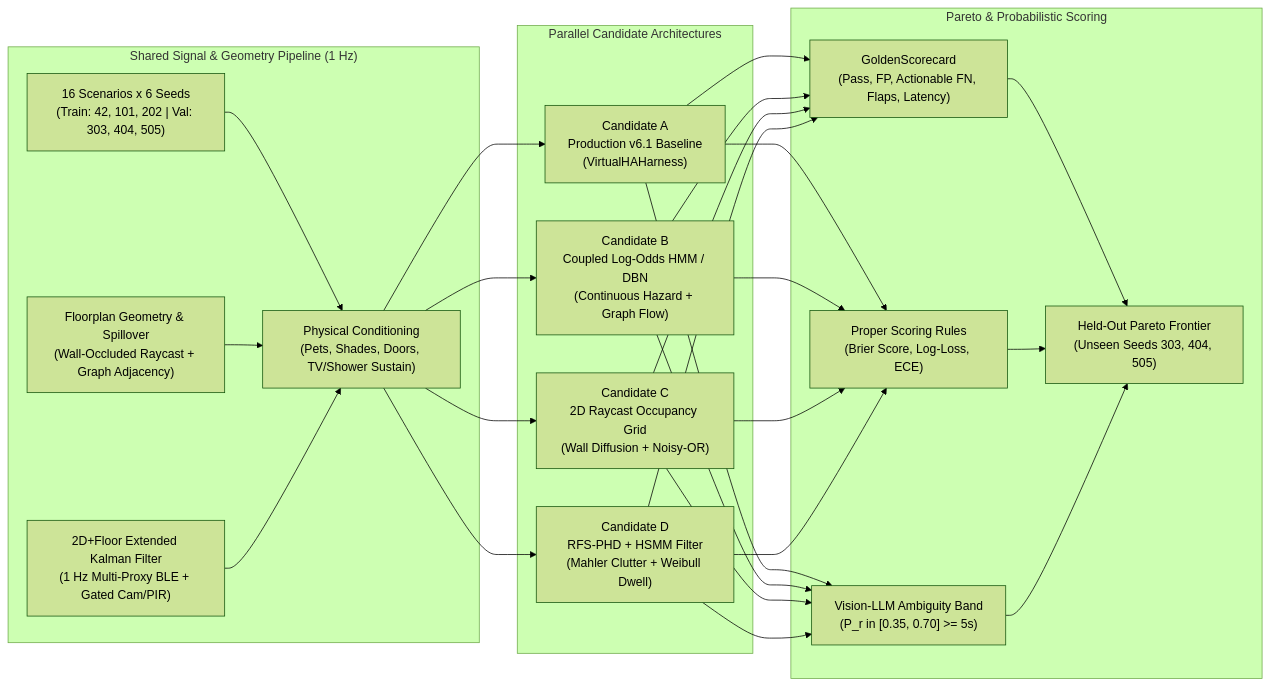
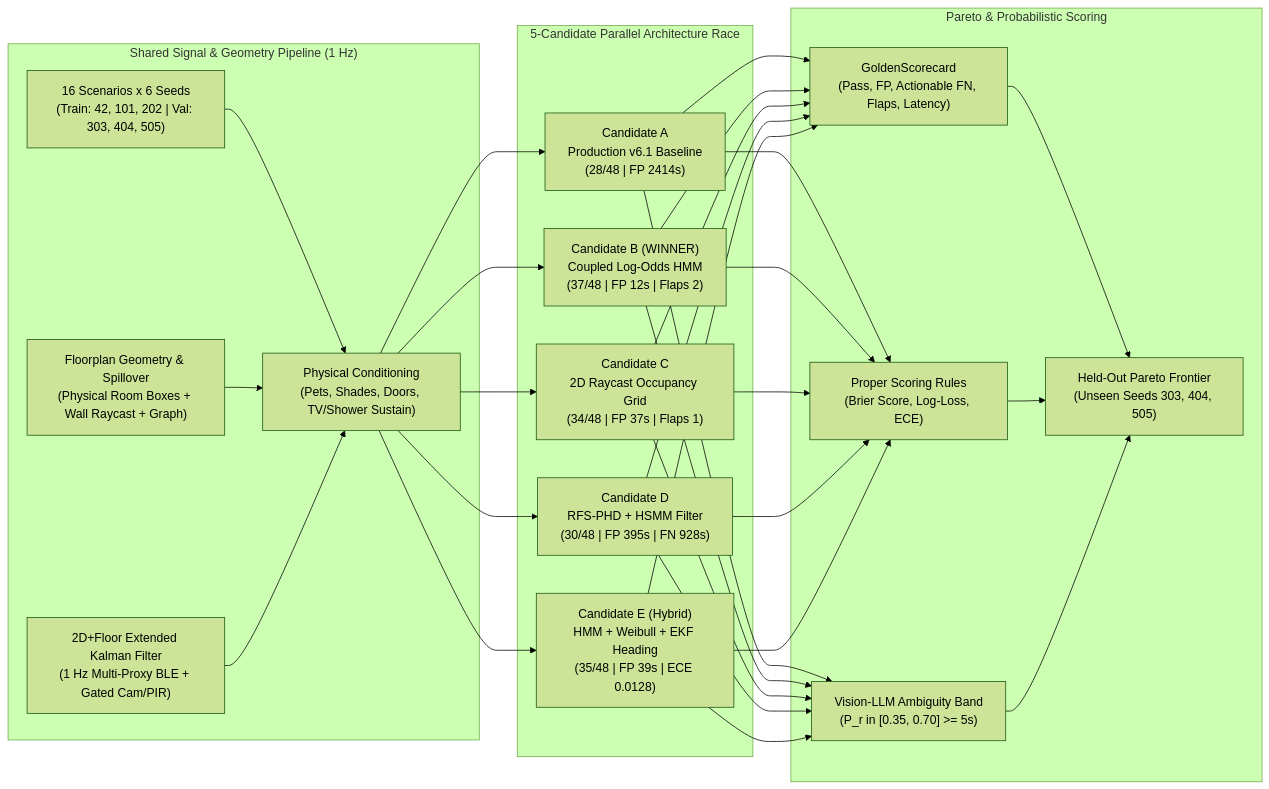
Before and after one commit to spelech/ha-presence-detection-designer: the first of 2 diagrams in docs/SIGNAL_PROCESSING_OPTIMIZATION_REPORT.md, drawn with Mermaid (forest theme). The commit also changed other lines of this file, not shown here.

Commit message:
docs(architecture): update optimization report with Candidate E hybrid results and digital-twin audit

````diff
--- a/docs/SIGNAL_PROCESSING_OPTIMIZATION_REPORT.md
+++ b/docs/SIGNAL_PROCESSING_OPTIMIZATION_REPORT.md
@@ -38,30 +38,31 @@
 ```mermaid
 flowchart LR
     subgraph L0["Shared Signal & Geometry Pipeline (1 Hz)"]
         GEN["16 Scenarios x 6 Seeds<br/>(Train: 42, 101, 202 | Val: 303, 404, 505)"]
-        GEO["Floorplan Geometry & Spillover<br/>(Wall-Occluded Raycast + Graph Adjacency)"]
+        GEO["Floorplan Geometry & Spillover<br/>(Physical Room Boxes + Wall Raycast + Graph)"]
         EKF["2D+Floor Extended Kalman Filter<br/>(1 Hz Multi-Proxy BLE + Gated Cam/PIR)"]
         COND["Physical Conditioning<br/>(Pets, Shades, Doors, TV/Shower Sustain)"]
     end
 
-    subgraph RACE["Parallel Candidate Architectures"]
-        A["Candidate A<br/>Production v6.1 Baseline<br/>(VirtualHAHarness)"]
-        B["Candidate B<br/>Coupled Log-Odds HMM / DBN<br/>(Continuous Hazard + Graph Flow)"]
-        C["Candidate C<br/>2D Raycast Occupancy Grid<br/>(Wall Diffusion + Noisy-OR)"]
-        D["Candidate D<br/>RFS-PHD + HSMM Filter<br/>(Mahler Clutter + Weibull Dwell)"]
+    subgraph RACE["5-Candidate Parallel Architecture Race"]
+        A["Candidate A<br/>Production v6.1 Baseline<br/>(28/48 | FP 2414s)"]
+        B["Candidate B (WINNER)<br/>Coupled Log-Odds HMM<br/>(37/48 | FP 12s | Flaps 2)"]
+        C["Candidate C<br/>2D Raycast Occupancy Grid<br/>(34/48 | FP 37s | Flaps 1)"]
+        D["Candidate D<br/>RFS-PHD + HSMM Filter<br/>(30/48 | FP 395s | FN 928s)"]
+        E["Candidate E (Hybrid)<br/>HMM + Weibull + EKF Heading<br/>(35/48 | FP 39s | ECE 0.0128)"]
     end
 
     subgraph EVAL["Pareto & Probabilistic Scoring"]
         SC["GoldenScorecard<br/>(Pass, FP, Actionable FN, Flaps, Latency)"]
         CAL["Proper Scoring Rules<br/>(Brier Score, Log-Loss, ECE)"]
         AMB["Vision-LLM Ambiguity Band<br/>(P_r in [0.35, 0.70] >= 5s)"]
         PAR["Held-Out Pareto Frontier<br/>(Unseen Seeds 303, 404, 505)"]
     end
 
     GEN --> COND
     GEO --> COND
     EKF --> COND
-    COND --> A & B & C & D
-    A & B & C & D --> SC & CAL & AMB
+    COND --> A & B & C & D & E
+    A & B & C & D & E --> SC & CAL & AMB
     SC & CAL & AMB --> PAR
 ```
````
